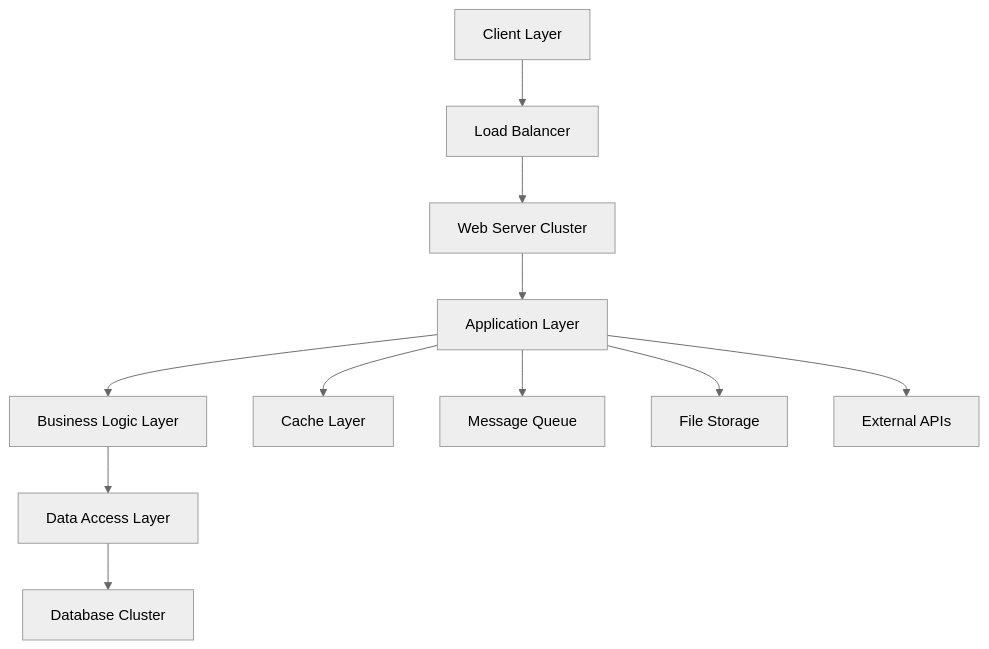
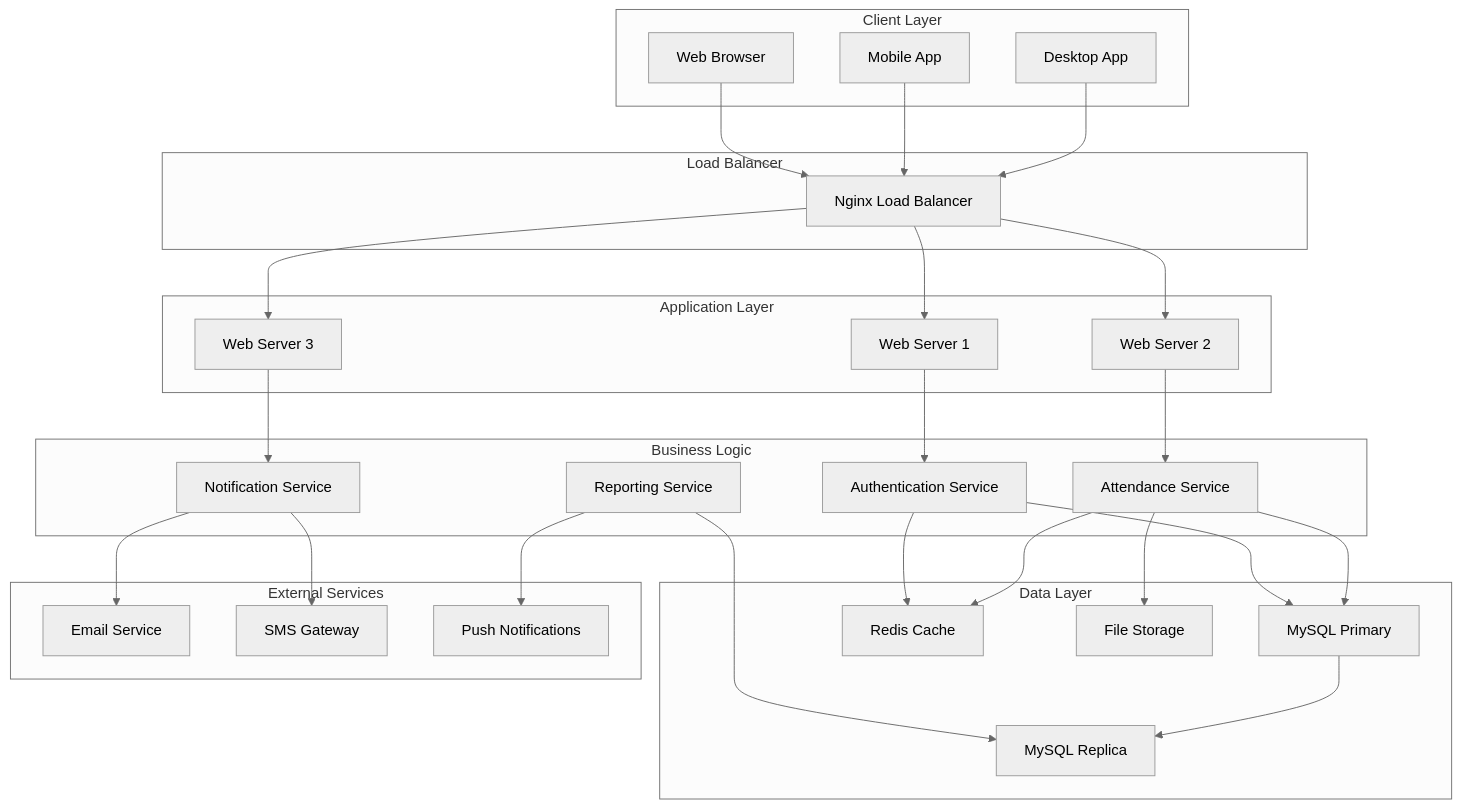
One commit to shahdhairyah/Attendance-system changed the first of 3 diagrams in README.md. Above: the diagram before and after it, drawn with Mermaid (neutral theme). The commit also changed other lines of this file, not shown here.

````diff
--- a/README.md
+++ b/README.md
@@ -217,13 +108,58 @@
 ```mermaid
 graph TB
-    A[Client Layer] --> B[Load Balancer]
-    B --> C[Web Server Cluster]
-    C --> D[Application Layer]
-    D --> E[Business Logic Layer]
-    E --> F[Data Access Layer]
-    F --> G[Database Cluster]
-    D --> H[Cache Layer]
-    D --> I[Message Queue]
-    D --> J[File Storage]
-    D --> K[External APIs]
+    subgraph "Client Layer"
+        A[Web Browser]
+        B[Mobile App]
+        C[Desktop App]
+    end
+    
+    subgraph "Load Balancer"
+        D[Nginx Load Balancer]
+    end
+    
+    subgraph "Application Layer"
+        E[Web Server 1]
+        F[Web Server 2]
+        G[Web Server 3]
+    end
+    
+    subgraph "Business Logic"
+        H[Authentication Service]
+        I[Attendance Service]
+        J[Notification Service]
+        K[Reporting Service]
+    end
+    
+    subgraph "Data Layer"
+        L[MySQL Primary]
+        M[MySQL Replica]
+        N[Redis Cache]
+        O[File Storage]
+    end
+    
+    subgraph "External Services"
+        P[Email Service]
+        Q[SMS Gateway]
+        R[Push Notifications]
+    end
+    
+    A --> D
+    B --> D
+    C --> D
+    D --> E
+    D --> F
+    D --> G
+    E --> H
+    F --> I
+    G --> J
+    H --> L
+    I --> L
+    J --> Q
+    K --> M
+    L --> M
+    H --> N
+    I --> N
+    J --> P
+    K --> R
+    I --> O
 ```
````
